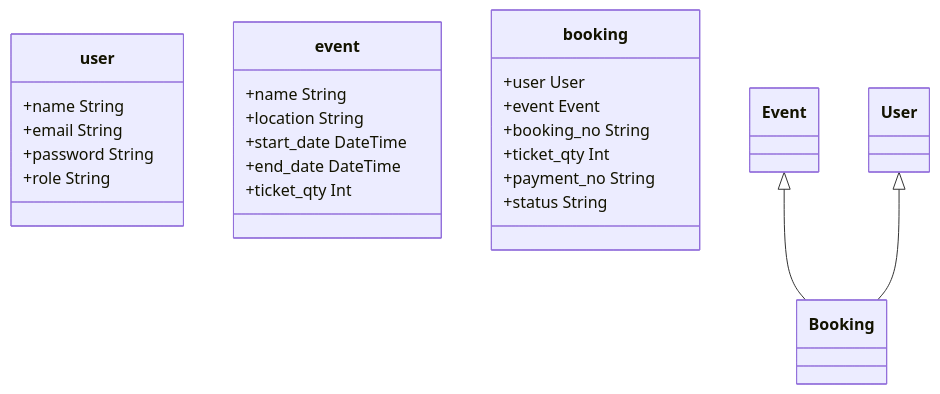
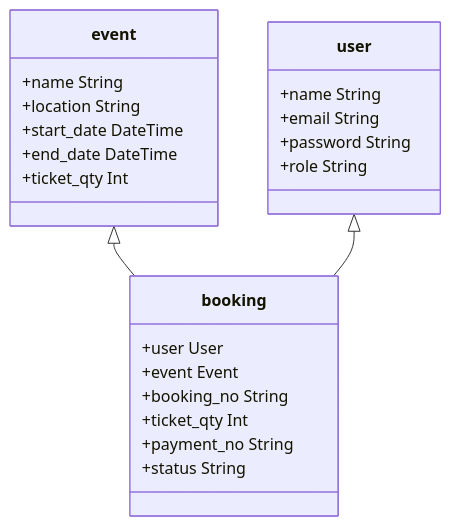
The diagram in README.md (Citra-citoru/ticketing_system), drawn with Mermaid before and after one commit.

````diff
--- a/README.md
+++ b/README.md
@@ -6,26 +6,26 @@
 ```mermaid
 classDiagram
   class user{
     +name String
     +email String
     +password String
     +role String
   }
   class event{
     +name String
     +location String
     +start_date DateTime
     +end_date DateTime
     +ticket_qty Int
   }
   class booking{
     +user User
     +event Event
     +booking_no String
     +ticket_qty Int
     +payment_no String
     +status String
   }
-  Event <|-- Booking
-  User <|-- Booking
+  event <|-- booking
+  user <|-- booking
 ```
````
